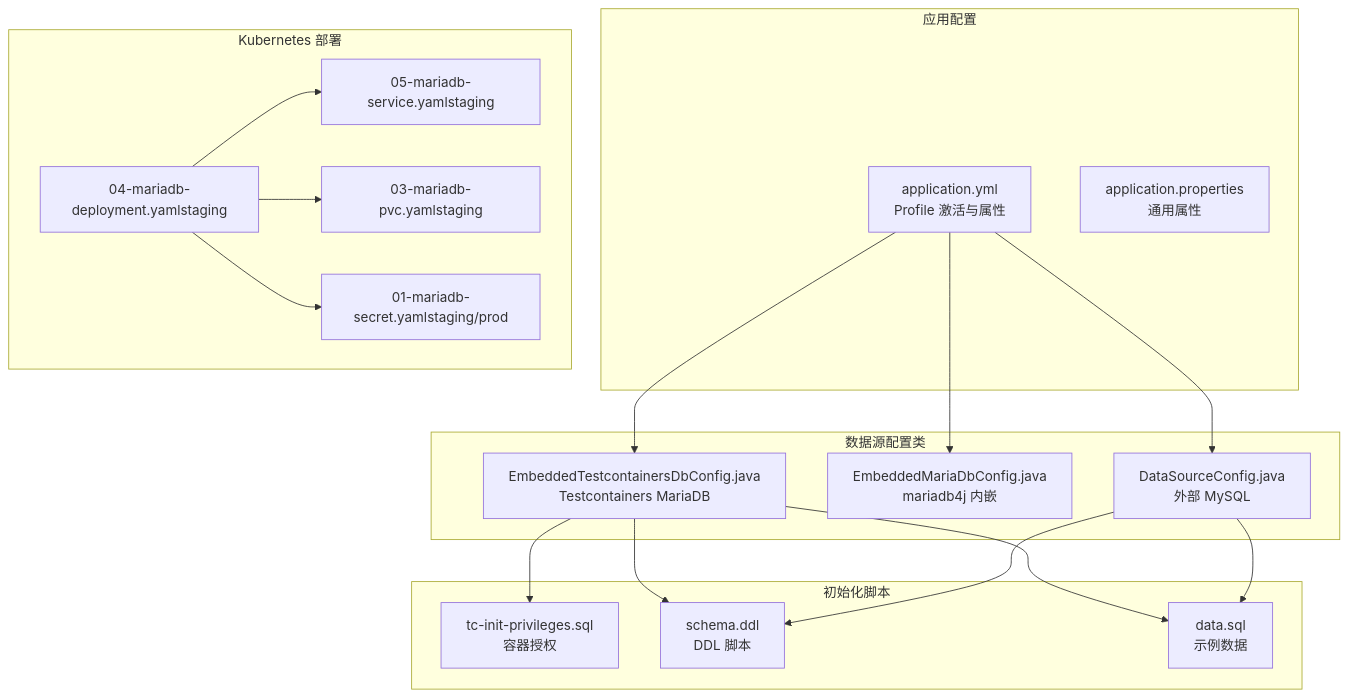
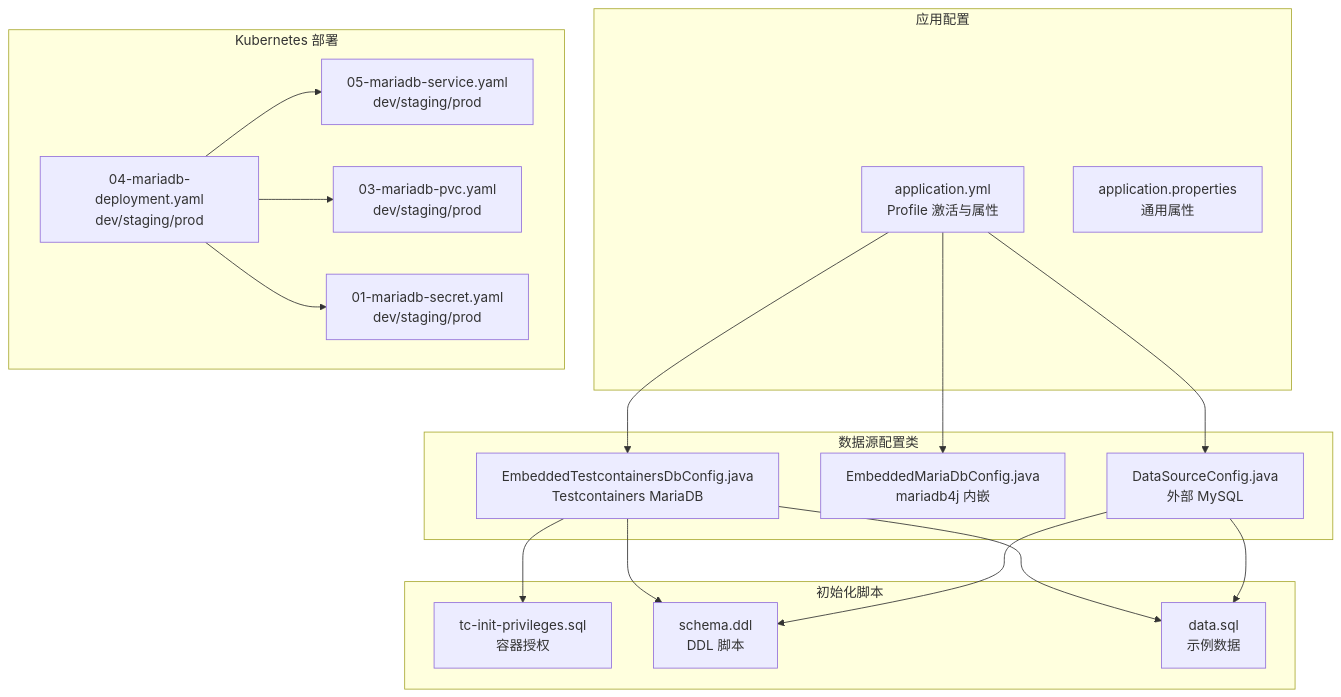
One commit to magicliang/domain-driven-transaction-sys changed the first of 7 diagrams in .qoder/repowiki/zh/content/项目概述/数据库配置/数据库配置.md. Above: the diagram before and after it, drawn with Mermaid. The commit also changed other lines of this file and 16 other files, not shown here.

````diff
--- a/.qoder/repowiki/zh/content/项目概述/数据库配置/数据库配置.md
+++ b/.qoder/repowiki/zh/content/项目概述/数据库配置/数据库配置.md
@@ -49,34 +55,34 @@
 ```mermaid
 graph TB
 subgraph "应用配置"
 YML["application.yml<br/>Profile 激活与属性"]
 PROPS["application.properties<br/>通用属性"]
 end
 subgraph "数据源配置类"
 TC["EmbeddedTestcontainersDbConfig.java<br/>Testcontainers MariaDB"]
 M4J["EmbeddedMariaDbConfig.java<br/>mariadb4j 内嵌"]
 DS["DataSourceConfig.java<br/>外部 MySQL"]
 end
 subgraph "初始化脚本"
 PRIV["tc-init-privileges.sql<br/>容器授权"]
 DDL["schema.ddl<br/>DDL 脚本"]
 DSQL["data.sql<br/>示例数据"]
 end
 subgraph "Kubernetes 部署"
-DEP["04-mariadb-deployment.yamlstaging"]
-SVC["05-mariadb-service.yamlstaging"]
-PVC["03-mariadb-pvc.yamlstaging"]
-SEC["01-mariadb-secret.yamlstaging/prod"]
+DEP["04-mariadb-deployment.yaml<br/>dev/staging/prod"]
+SVC["05-mariadb-service.yaml<br/>dev/staging/prod"]
+PVC["03-mariadb-pvc.yaml<br/>dev/staging/prod"]
+SEC["01-mariadb-secret.yaml<br/>dev/staging/prod"]
 end
 YML --> TC
 YML --> M4J
 YML --> DS
 TC --> PRIV
 TC --> DDL
 TC --> DSQL
 DS --> DDL
 DS --> DSQL
 DEP --> SVC
 DEP --> PVC
 DEP --> SEC
 ```
````
